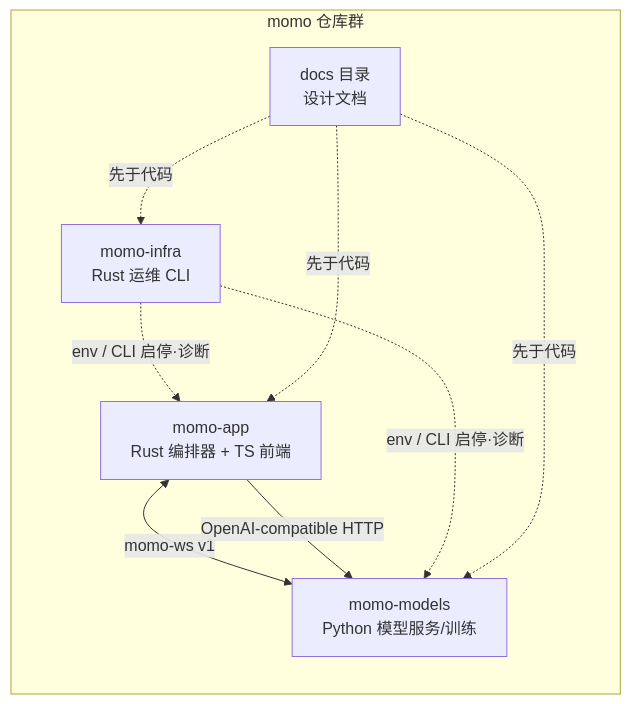
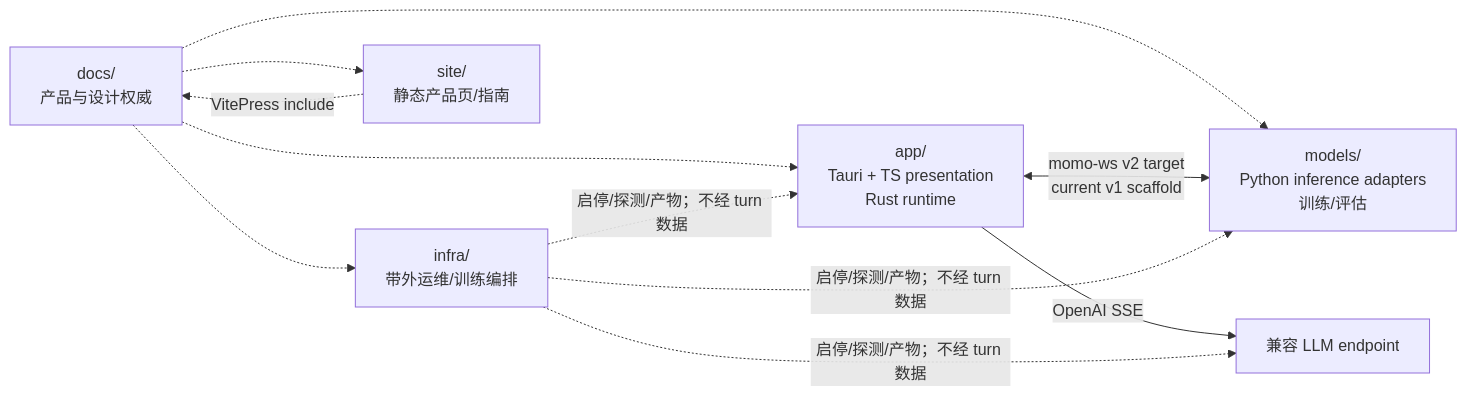
Before and after one commit to Momoyeyu/momo: the diagram in docs/README.md, drawn with Mermaid. The commit also changed other lines of this file and 122 other files, not shown here.

Commit message:
feat: build a desktop-first momo design site

````diff
--- a/docs/README.md
+++ b/docs/README.md
@@ -16,14 +13,11 @@
 ```mermaid
 flowchart LR
-    subgraph REPOS["momo 仓库群"]
-        DOCS["docs 目录<br/>设计文档"]
-        APP["momo-app<br/>Rust 编排器 + TS 前端"]
-        MODELS["momo-models<br/>Python 模型服务/训练"]
-        INFRA["momo-infra<br/>Rust 运维 CLI"]
-    end
-
-    APP <-->|"momo-ws v1"| MODELS
-    APP -->|"OpenAI-compatible HTTP"| MODELS
-    INFRA -.->|"env / CLI 启停·诊断"| APP & MODELS
-    DOCS -.->|"先于代码"| APP & MODELS & INFRA
+    DOCS["docs/<br/>产品与设计权威"] -.-> APP["app/<br/>Tauri + TS presentation<br/>Rust runtime"]
+    DOCS -.-> MODELS["models/<br/>Python inference adapters<br/>训练/评估"]
+    DOCS -.-> INFRA["infra/<br/>带外运维/训练编排"]
+    DOCS -.-> SITE["site/<br/>静态产品页/指南"]
+    APP <-->|"momo-ws v2 target<br/>current v1 scaffold"| MODELS
+    APP -->|"OpenAI SSE"| LLM["兼容 LLM endpoint"]
+    INFRA -.->|"启停/探测/产物；不经 turn 数据"| APP & MODELS & LLM
+    SITE -.->|"VitePress include"| DOCS
 ```
````
